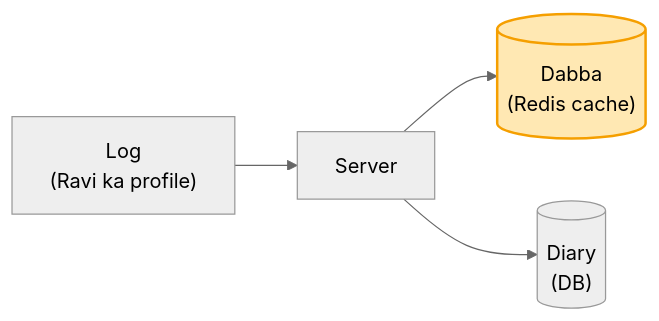
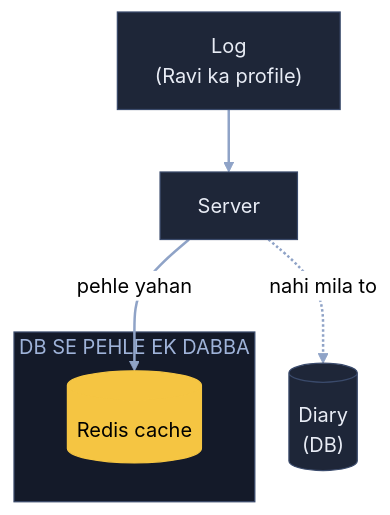
One commit to ArpanMaheshwari144/Prep changed the first of 7 diagrams in 04_HLD/SYSTEM_DESIGNS/10_distributed_cache/10_distributed_cache.md. Above: the diagram before and after it, drawn with Mermaid (neutral theme). The commit also changed other lines of this file, not shown here.

Commit message:
Cache: 7 diagram YouTube (reel) wale card andaaz me

````diff
--- a/04_HLD/SYSTEM_DESIGNS/10_distributed_cache/10_distributed_cache.md
+++ b/04_HLD/SYSTEM_DESIGNS/10_distributed_cache/10_distributed_cache.md
@@ -35,7 +35,18 @@
 ```mermaid
-flowchart LR
-    A["Log<br/>(Ravi ka profile)"] --> S["Server"]
-    S --> C[("Dabba<br/>(Redis cache)")]
-    S --> D[("Diary<br/>(DB)")]
-    style C fill:#ffe8b3,stroke:#f59f00,stroke-width:2px,color:#000
+flowchart TB
+    A["Log<br/>(Ravi ka profile)"]:::card
+    S["Server"]:::card
+    subgraph DP["DB SE PEHLE EK DABBA"]
+        C[("Redis cache")]:::pill
+    end
+    D[("Diary<br/>(DB)")]:::card
+    A --> S
+    S -- "pehle yahan" --> C
+    S -. "nahi mila to" .-> D
+    linkStyle default stroke:#8fa3c7,stroke-width:2px
+    classDef card fill:#1e2638,stroke:#3a4a6b,color:#e8ecf5
+    classDef pill fill:#f5c542,stroke:#f5c542,color:#000
+    classDef good fill:#2e7d4f,stroke:#3fbf6f,color:#fff
+    classDef bad fill:#5c1f24,stroke:#e05561,color:#fff
+    style DP fill:#141a29,stroke:#3a4a6b,color:#9fb3d9
 ```
````
